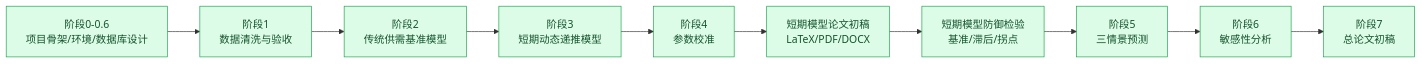
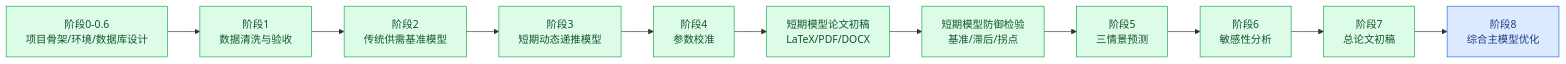
One commit to Timcai06/-A- changed the diagram in STATUS.md. Above: the diagram before and after it, drawn with Mermaid. The commit also changed other lines of this file and 11 other files, not shown here.

````diff
--- a/STATUS.md
+++ b/STATUS.md
@@ -9,26 +9,28 @@
 ```mermaid
 flowchart LR
     S0["阶段0-0.6<br/>项目骨架/环境/数据库设计"] --> S1["阶段1<br/>数据清洗与验收"]
     S1 --> S2["阶段2<br/>传统供需基准模型"]
     S2 --> S3["阶段3<br/>短期动态递推模型"]
     S3 --> S4["阶段4<br/>参数校准"]
     S4 --> P0["短期模型论文初稿<br/>LaTeX/PDF/DOCX"]
     P0 --> D0["短期模型防御检验<br/>基准/滞后/拐点"]
     D0 --> S5["阶段5<br/>三情景预测"]
     S5 --> S6["阶段6<br/>敏感性分析"]
     S6 --> S7["阶段7<br/>总论文初稿"]
+    S7 --> S8["阶段8<br/>综合主模型优化"]
 
     S0:::done
     S1:::done
     S2:::done
     S3:::done
     S4:::done
     P0:::done
     D0:::done
     S5:::done
     S6:::done
     S7:::done
+    S8:::next
 
     classDef done fill:#dcfce7,stroke:#16a34a,color:#14532d
     classDef next fill:#dbeafe,stroke:#2563eb,color:#1e3a8a
 ```
````
